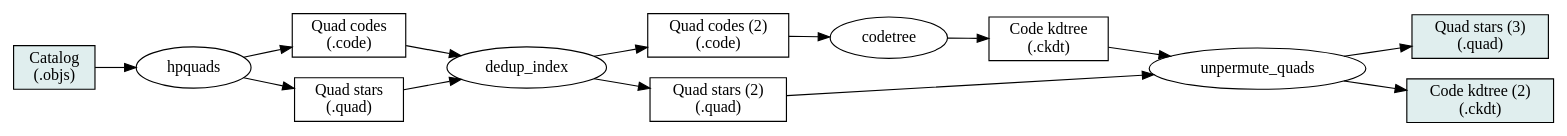
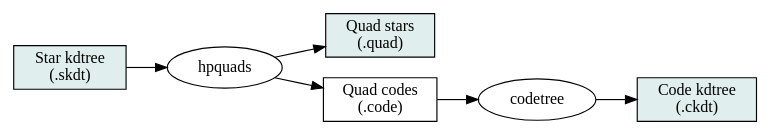
Before and after one commit to blackball/an-test6: the diagram in src/quads/pipeline1.dot, drawn with Graphviz. The commit also changed 3 other files, not shown here.

```diff
--- a/src/quads/pipeline1.dot
+++ b/src/quads/pipeline1.dot
@@ -1,37 +1,28 @@
 graph indexpipeline {
 	graph [ rankdir = LR ];
 	node [ shape=box ];
 	edge [ dir=forward ];
 	node [ style=filled, fillcolor=azure2 ];
-	//skdt2 [ label="Star kdtree\n(.skdt)" ];
-	objs2  [ label="Catalog\n(.objs)" ];
-	quad3  [ label="Quad stars (3)\n(.quad)" ];
-	ckdt2  [ label="Code kdtree (2)\n(.ckdt)" ];
-	//id2    [ label="Star ID\n(.id)" ];
+	skdt [ label="Star kdtree\n(.skdt)" ];
+	quad  [ label="Quad stars\n(.quad)" ];
+	ckdt  [ label="Code kdtree\n(.ckdt)" ];
 	node [ style="" ];
 	code  [ label="Quad codes\n(.code)" ];
-	code2  [ label="Quad codes (2)\n(.code)" ];
-	quad  [ label="Quad stars\n(.quad)" ];
-	quad2  [ label="Quad stars (2)\n(.quad)" ];
-	ckdt  [ label="Code kdtree\n(.ckdt)" ];
 
 	node [ shape=ellipse ];
-	objs2 -- hpquads
-	hpquads -- code -- dedup_index -- code2
-	hpquads -- quad -- dedup_index -- quad2
-	code2 -- codetree -- ckdt
-	ckdt -- unpermute_quads -- ckdt2
-	quad2 -- unpermute_quads [ minlen=3 ];
-	unpermute_quads -- quad3
+	skdt -- hpquads
+	hpquads -- code
+	hpquads -- quad
+	code -- codetree -- ckdt
+
 }
-
 
 // render with:
 //   dot -Tps2 -o pipeline1.eps pipeline1.dot
 //   epstopng pipeline1.eps
 
 // to get bounding box:
 //   gs -q -dNOPAUSE -dBATCH -dTextAlphaBits=4 -dGraphicsAlphaBits=4 -sDEVICE=bbox pipeline.ps
 // to render as png:
 //   gs -q -dNOPAUSE -dBATCH -dTextAlphaBits=4 -dGraphicsAlphaBits=4 -sDEVICE=png16m -sOutputFile=pipeline.png -g850x162 pipeline.ps
 // (where 850x162 is determined by the output of the bounding-box stage)
```
